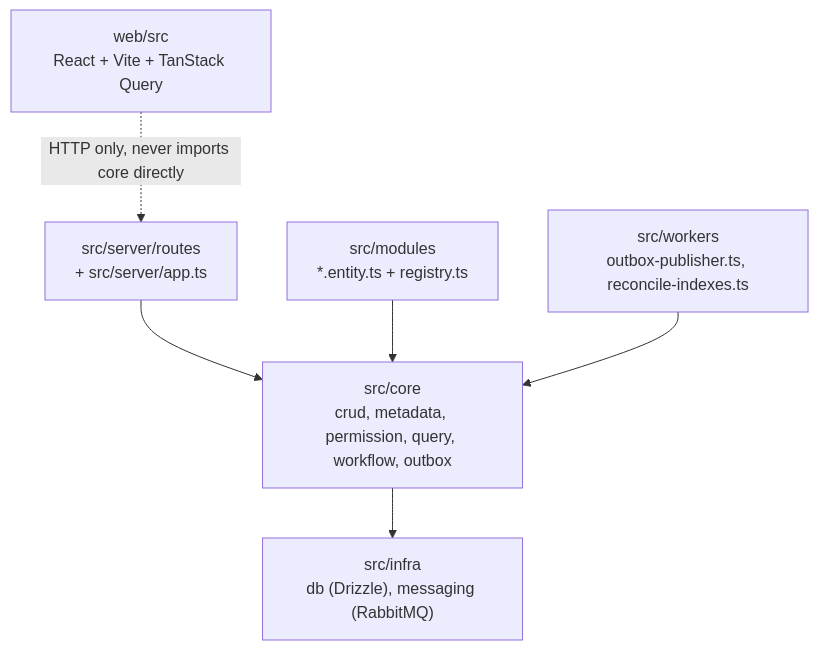
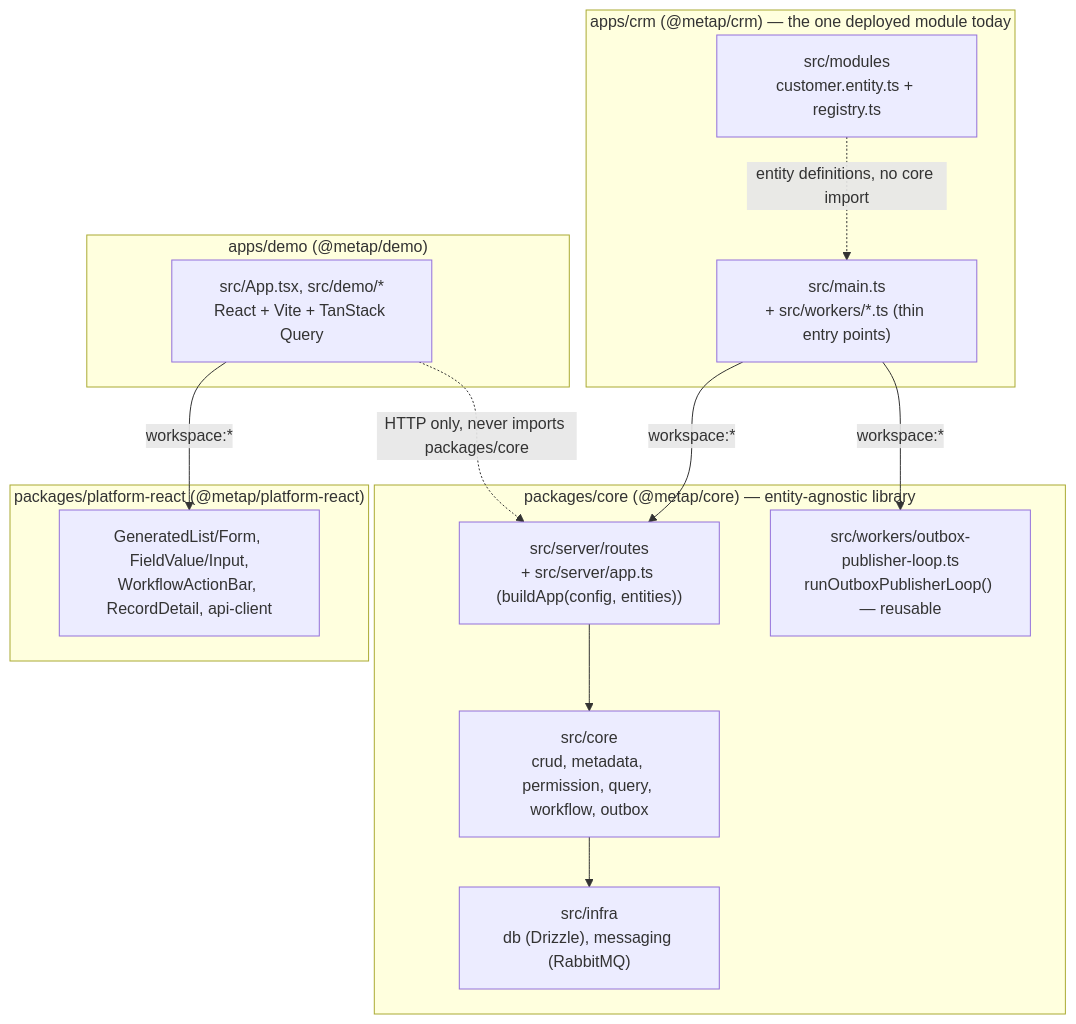
The fifth of 5 diagrams in docs/architectures/05-building-blocks.md (metap-org/metap), drawn with Mermaid before and after one commit. The commit also changed other lines of this file and 40 other files, not shown here.

````diff
--- a/docs/architectures/05-building-blocks.md
+++ b/docs/architectures/05-building-blocks.md
@@ -374,15 +374,30 @@
 ```mermaid
 graph TD
-  routes["src/server/routes<br/>+ src/server/app.ts"]
-  modules["src/modules<br/>*.entity.ts + registry.ts"]
-  workers["src/workers<br/>outbox-publisher.ts, reconcile-indexes.ts"]
-  core["src/core<br/>crud, metadata, permission, query, workflow, outbox"]
-  infra["src/infra<br/>db (Drizzle), messaging (RabbitMQ)"]
-  web["web/src<br/>React + Vite + TanStack Query"]
+  subgraph pkgcore["packages/core (@metap/core) — entity-agnostic library"]
+    routes["src/server/routes<br/>+ src/server/app.ts (buildApp(config, entities))"]
+    core["src/core<br/>crud, metadata, permission, query, workflow, outbox"]
+    infra["src/infra<br/>db (Drizzle), messaging (RabbitMQ)"]
+    loop["src/workers/outbox-publisher-loop.ts<br/>runOutboxPublisherLoop() — reusable"]
+  end
+
+  subgraph appscrm["apps/crm (@metap/crm) — the one deployed module today"]
+    modules["src/modules<br/>customer.entity.ts + registry.ts"]
+    entry["src/main.ts<br/>+ src/workers/*.ts (thin entry points)"]
+  end
+
+  subgraph pkgplatform["packages/platform-react (@metap/platform-react)"]
+    platform["GeneratedList/Form, FieldValue/Input,<br/>WorkflowActionBar, RecordDetail, api-client"]
+  end
+
+  subgraph appsdemo["apps/demo (@metap/demo)"]
+    demoapp["src/App.tsx, src/demo/*<br/>React + Vite + TanStack Query"]
+  end
 
   routes --> core
-  modules --> core
-  workers --> core
   core --> infra
-  web -.HTTP only, never imports core directly.-> routes
+  entry -->|"workspace:*"| routes
+  entry -->|"workspace:*"| loop
+  modules -.entity definitions, no core import.-> entry
+  demoapp -->|"workspace:*"| platform
+  demoapp -.HTTP only, never imports packages/core.-> routes
 ```
````
